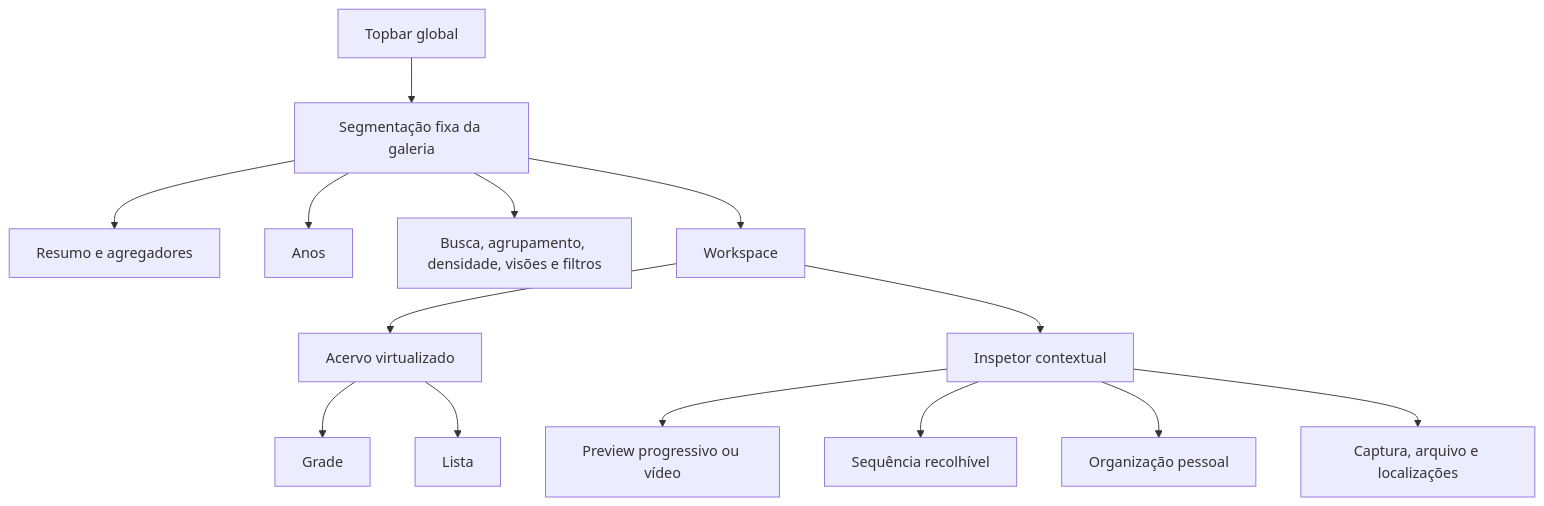
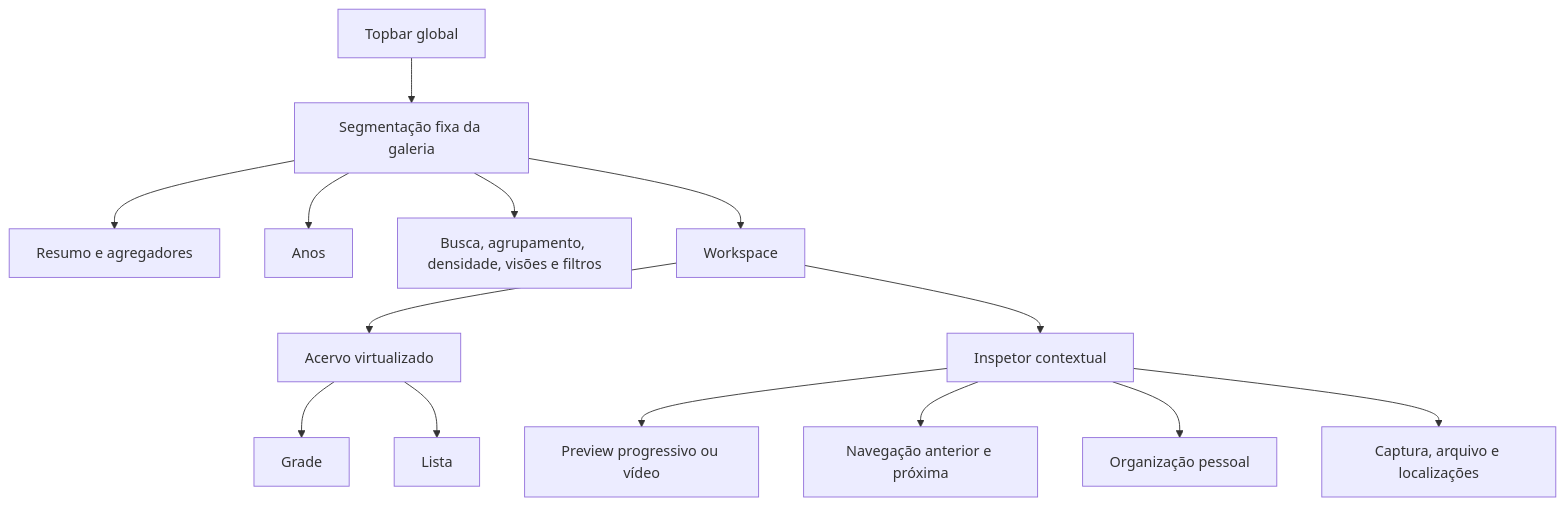
The first of 2 diagrams in DESIGN-0.15-GALLERY.md (caiosegovia/lumina), drawn with Mermaid before and after one commit. The commit also changed other lines of this file and 28 other files, not shown here.

````diff
--- a/DESIGN-0.15-GALLERY.md
+++ b/DESIGN-0.15-GALLERY.md
@@ -11,16 +11,16 @@
 ```mermaid
 flowchart TB
   A[Topbar global] --> B[Segmentação fixa da galeria]
   B --> B1[Resumo e agregadores]
   B --> B2[Anos]
   B --> B3[Busca, agrupamento, densidade, visões e filtros]
   B --> C[Workspace]
   C --> D[Acervo virtualizado]
   C --> E[Inspetor contextual]
   D --> D1[Grade]
   D --> D2[Lista]
   E --> E1[Preview progressivo ou vídeo]
-  E --> E2[Sequência recolhível]
+  E --> E2[Navegação anterior e próxima]
   E --> E3[Organização pessoal]
   E --> E4[Captura, arquivo e localizações]
 ```
````
